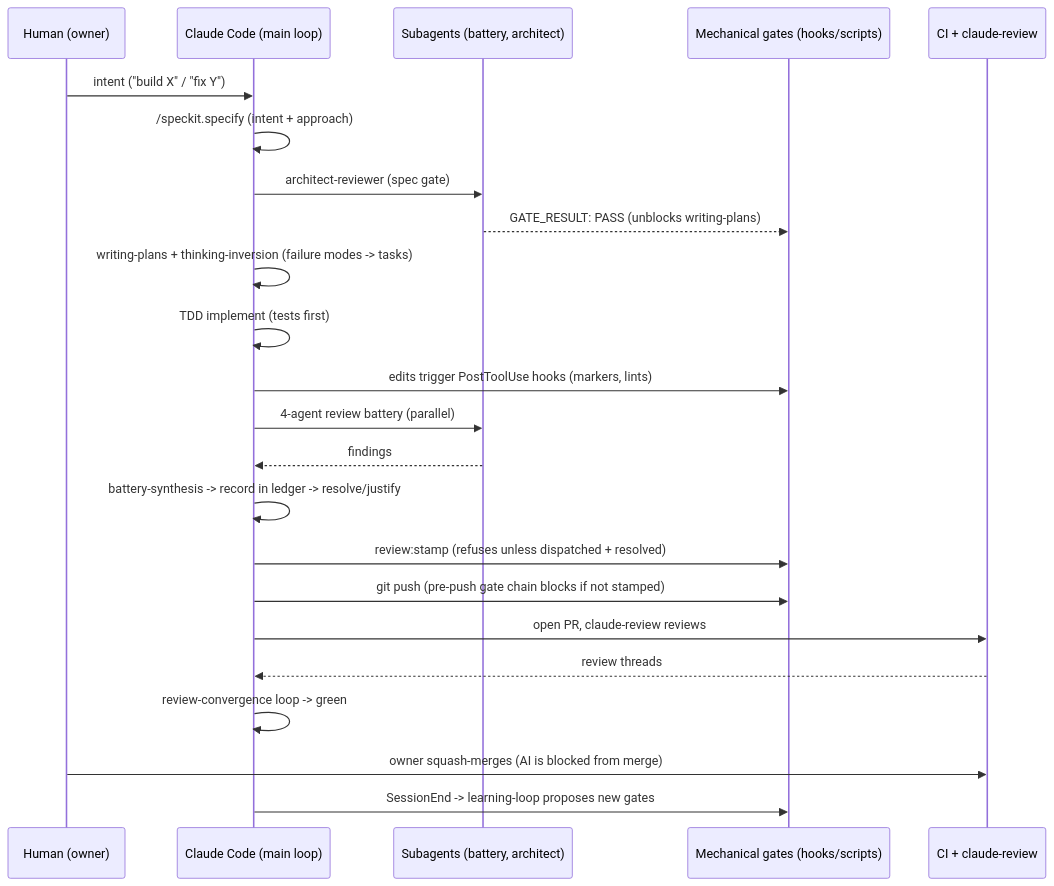
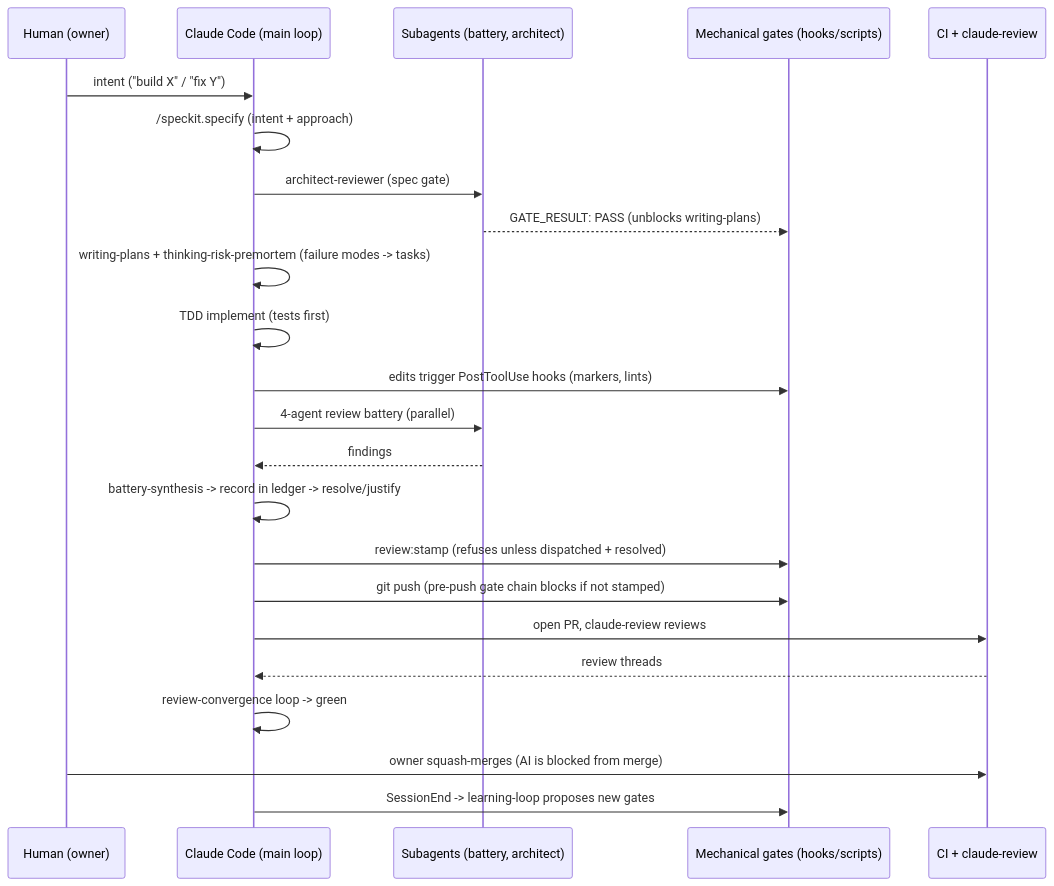
One commit to erikunha/portfolio changed the first of 3 diagrams in docs/handbook/ai-assisted-development.md. Above: the diagram before and after it, drawn with Mermaid. The commit also changed other lines of this file and 8 other files, not shown here.

````diff
--- a/docs/handbook/ai-assisted-development.md
+++ b/docs/handbook/ai-assisted-development.md
@@ -7,26 +7,26 @@
 ```mermaid
 sequenceDiagram
     participant H as Human (owner)
     participant C as Claude Code (main loop)
     participant A as Subagents (battery, architect)
     participant G as Mechanical gates (hooks/scripts)
     participant CI as CI + claude-review
 
     H->>C: intent ("build X" / "fix Y")
     C->>C: /speckit.specify (intent + approach)
     C->>A: architect-reviewer (spec gate)
     A-->>G: GATE_RESULT: PASS (unblocks writing-plans)
-    C->>C: writing-plans + thinking-inversion (failure modes -> tasks)
+    C->>C: writing-plans + thinking-risk-premortem (failure modes -> tasks)
     C->>C: TDD implement (tests first)
     C->>G: edits trigger PostToolUse hooks (markers, lints)
     C->>A: 4-agent review battery (parallel)
     A-->>C: findings
     C->>C: battery-synthesis -> record in ledger -> resolve/justify
     C->>G: review:stamp (refuses unless dispatched + resolved)
     C->>G: git push (pre-push gate chain blocks if not stamped)
     C->>CI: open PR, claude-review reviews
     CI-->>C: review threads
     C->>C: review-convergence loop -> green
     H->>CI: owner squash-merges (AI is blocked from merge)
     C->>G: SessionEnd -> learning-loop proposes new gates
 ```
````
